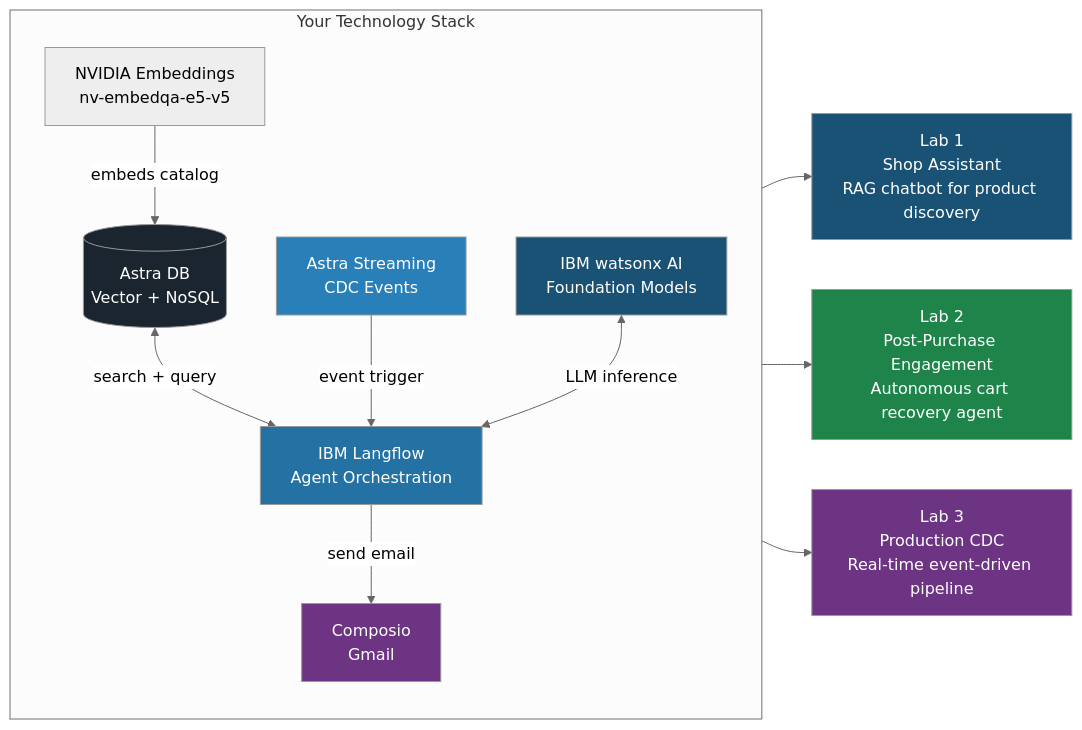
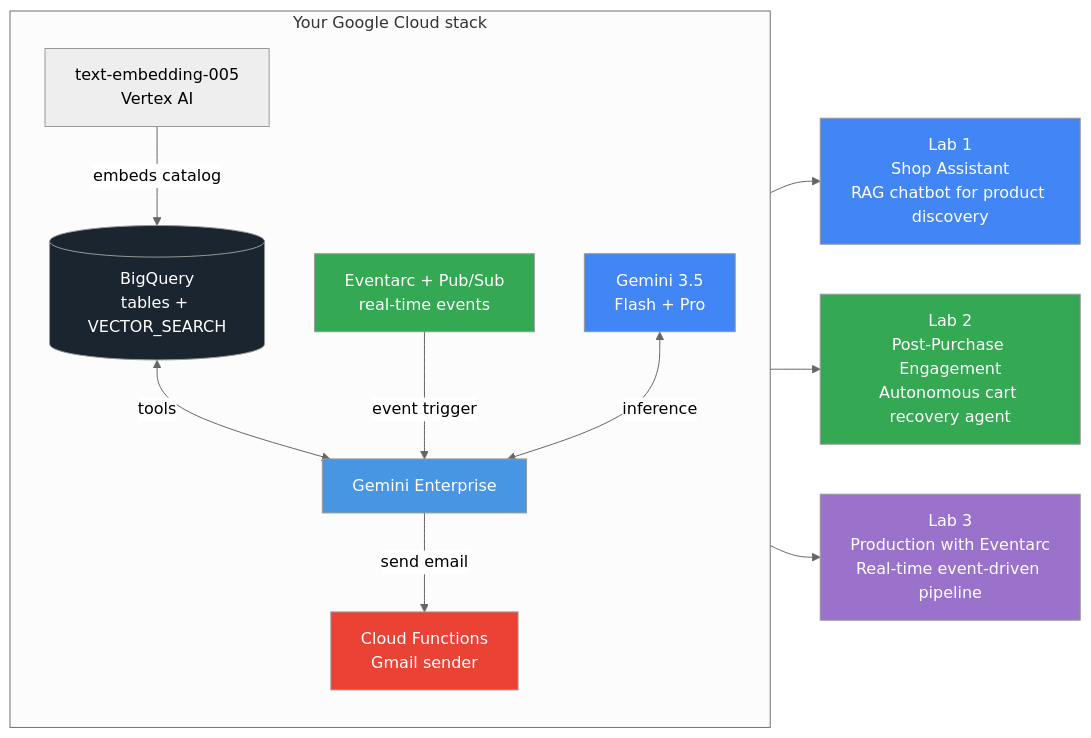
One commit to dambor/workshop-platform changed the tenth of 11 diagrams in public/workshops/workshop-retail.md. Above: the diagram before and after it, drawn with Mermaid (neutral theme). The commit also changed other lines of this file and 150 other files, not shown here.

````diff
--- a/public/workshops/workshop-retail.md
+++ b/public/workshops/workshop-retail.md
@@ -833,31 +955,31 @@
 ```mermaid
 flowchart LR
-    subgraph Stack["Your Technology Stack"]
+    subgraph Stack["Your Google Cloud stack"]
         direction TB
-        WX[IBM watsonx AI\nFoundation Models]
-        NV[NVIDIA Embeddings\nnv-embedqa-e5-v5]
-        ADB[(Astra DB\nVector + NoSQL)]
-        AS[Astra Streaming\nCDC Events]
-        LF[IBM Langflow\nAgent Orchestration]
-        CM[Composio\nGmail]
+        GM[Gemini 3.5\nFlash + Pro]
+        EM[text-embedding-005\nVertex AI]
+        BQ[(BigQuery\ntables + VECTOR_SEARCH)]
+        EA[Eventarc + Pub/Sub\nreal-time events]
+        AB[Gemini Enterprise]
+        CF[Cloud Functions\nGmail sender]
 
-        NV -->|embeds catalog| ADB
-        ADB <-->|search + query| LF
-        AS -->|event trigger| LF
-        WX <-->|LLM inference| LF
-        LF -->|send email| CM
+        EM -->|embeds catalog| BQ
+        BQ <-->|tools| AB
+        EA -->|event trigger| AB
+        GM <-->|inference| AB
+        AB -->|send email| CF
     end
 
-    LF --> SA["Lab 1\nShop Assistant\nRAG chatbot for product discovery"]
-    LF --> PPE["Lab 2\nPost-Purchase Engagement\nAutonomous cart recovery agent"]
-    LF --> CDCL["Lab 3\nProduction CDC\nReal-time event-driven pipeline"]
+    AB --> SA["Lab 1\nShop Assistant\nRAG chatbot for product discovery"]
+    AB --> PPE["Lab 2\nPost-Purchase Engagement\nAutonomous cart recovery agent"]
+    AB --> EVT["Lab 3\nProduction with Eventarc\nReal-time event-driven pipeline"]
 
-    style SA fill:#1a5276,color:#fff
-    style PPE fill:#1e8449,color:#fff
-    style CDCL fill:#6c3483,color:#fff
-    style LF fill:#2471a3,color:#fff
-    style ADB fill:#1a252f,color:#fff
-    style AS fill:#2980b9,color:#fff
-    style WX fill:#1a5276,color:#fff
-    style CM fill:#6c3483,color:#fff
+    style SA fill:#4285F4,color:#fff
+    style PPE fill:#34A853,color:#fff
+    style EVT fill:#9B72CB,color:#fff
+    style AB fill:#4796E3,color:#fff
+    style BQ fill:#1a252f,color:#fff
+    style EA fill:#34A853,color:#fff
+    style GM fill:#4285F4,color:#fff
+    style CF fill:#EA4335,color:#fff
 ```
````
